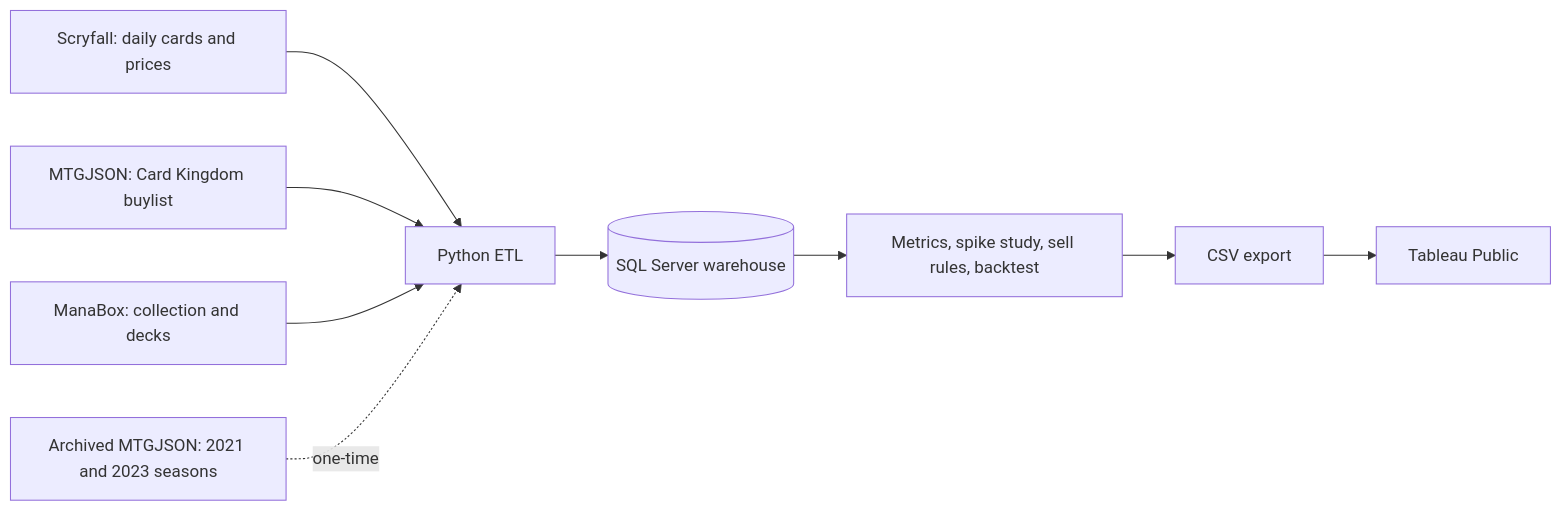
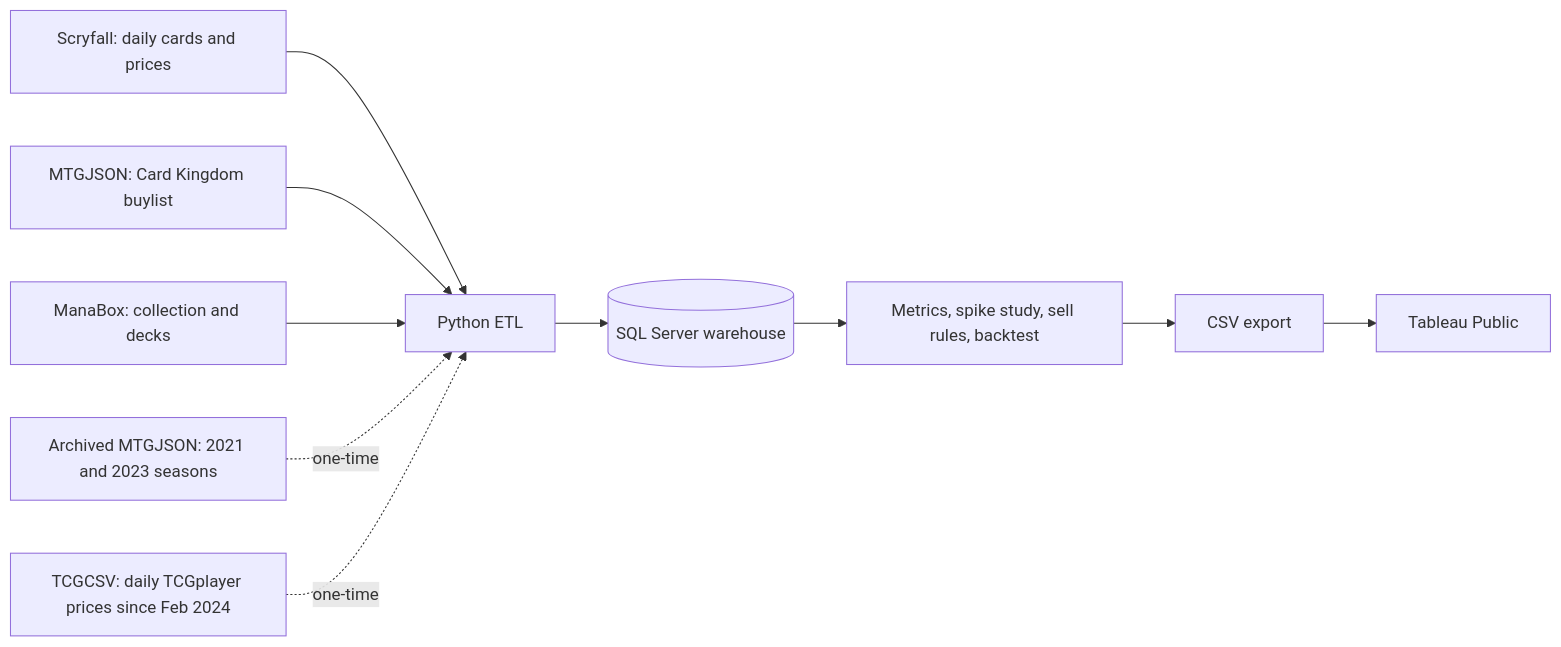
Before and after one commit to lnrlucasnr-prog/mtg-sell-signal: the diagram in README.md, drawn with Mermaid. The commit also changed other lines of this file and 10 other files, not shown here.

````diff
--- a/README.md
+++ b/README.md
@@ -35,21 +53,23 @@
 ```mermaid
 flowchart LR
     scryfall["Scryfall: daily cards and prices"]
     buylist["MTGJSON: Card Kingdom buylist"]
     manabox["ManaBox: collection and decks"]
     archive["Archived MTGJSON: 2021 and 2023 seasons"]
+    tcgcsv["TCGCSV: daily TCGplayer prices since Feb 2024"]
     etl["Python ETL"]
     warehouse[("SQL Server warehouse")]
     analysis["Metrics, spike study, sell rules, backtest"]
     csv["CSV export"]
     tableau["Tableau Public"]
 
     scryfall --> etl
     buylist --> etl
     manabox --> etl
     archive -. "one-time" .-> etl
+    tcgcsv -. "one-time" .-> etl
     etl --> warehouse
     warehouse --> analysis
     analysis --> csv
     csv --> tableau
 ```
````
